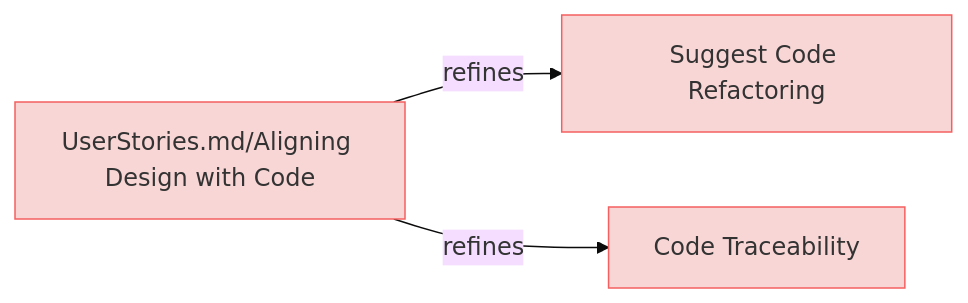
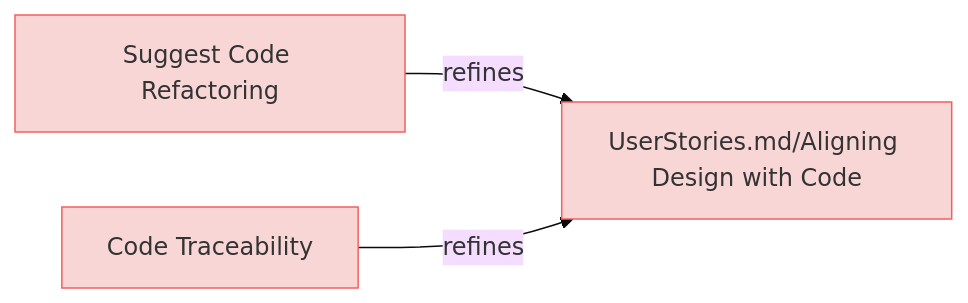
One commit to reqvire-org/reqvire changed the second of 9 diagrams in specifications/UserRequirements.md. Above: the diagram before and after it, drawn with Mermaid (base theme). The commit also changed other lines of this file and 22 other files, not shown here.

````diff
--- a/specifications/UserRequirements.md
+++ b/specifications/UserRequirements.md
@@ -107,20 +107,20 @@
 ```mermaid
 graph LR;
   %% Graph styling
   classDef requirement fill:#f9d6d6,stroke:#f55f5f,stroke-width:1px;
   classDef verification fill:#d6f9d6,stroke:#5fd75f,stroke-width:1px;
   classDef externalLink fill:#d0e0ff,stroke:#3080ff,stroke-width:1px;
   classDef default fill:#f5f5f5,stroke:#333333,stroke-width:1px;
 
   43dbd0667720212c["Suggest Code Refactoring"];
-  click 43dbd0667720212c "https://github.com/Reqvire/reqvire/blob/667635d4628fed400323f7df3689af2dbc2ad666/specifications/UserRequirements.md#suggest-code-refactoring";
+  click 43dbd0667720212c "https://github.com/Reqvire/reqvire/blob/ad88ba6b828e94c93382866fefd058c011c1ac60/specifications/UserRequirements.md#suggest-code-refactoring";
   class 43dbd0667720212c requirement;
   a9bc74070fc71e6d["UserStories.md/Aligning Design with Code"];
   class a9bc74070fc71e6d requirement;
-  click a9bc74070fc71e6d "https://github.com/Reqvire/reqvire/blob/667635d4628fed400323f7df3689af2dbc2ad666/specifications/UserStories.md#aligning-design-with-code";
-  a9bc74070fc71e6d -->|refines| 43dbd0667720212c;
+  click a9bc74070fc71e6d "https://github.com/Reqvire/reqvire/blob/ad88ba6b828e94c93382866fefd058c011c1ac60/specifications/UserStories.md#aligning-design-with-code";
+  43dbd0667720212c -->|refines| a9bc74070fc71e6d;
   8c02a4fb740392b["Code Traceability"];
-  click 8c02a4fb740392b "https://github.com/Reqvire/reqvire/blob/667635d4628fed400323f7df3689af2dbc2ad666/specifications/UserRequirements.md#code-traceability";
+  click 8c02a4fb740392b "https://github.com/Reqvire/reqvire/blob/ad88ba6b828e94c93382866fefd058c011c1ac60/specifications/UserRequirements.md#code-traceability";
   class 8c02a4fb740392b requirement;
-  a9bc74070fc71e6d -->|refines| 8c02a4fb740392b;
+  8c02a4fb740392b -->|refines| a9bc74070fc71e6d;
 ```
````
